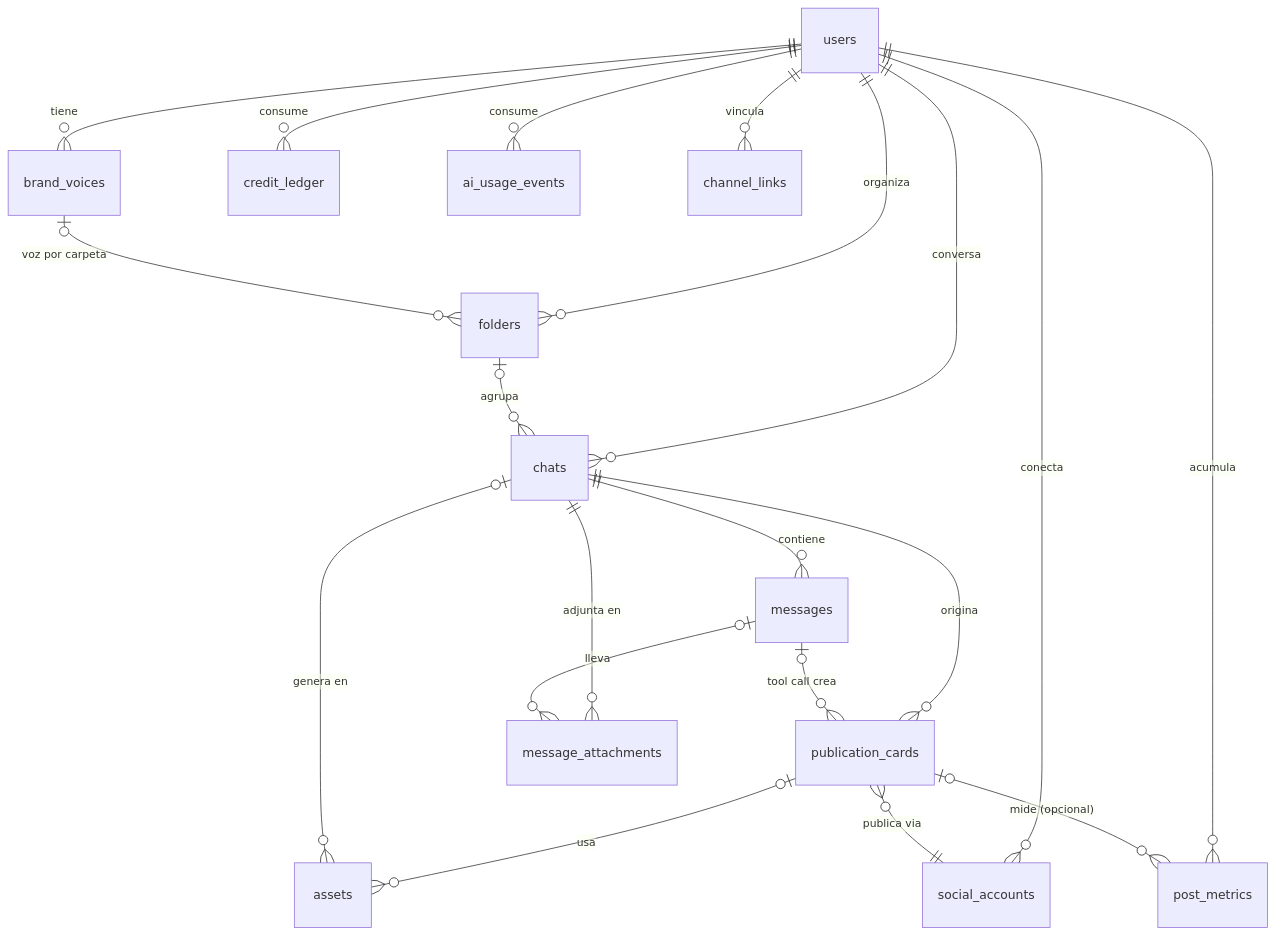
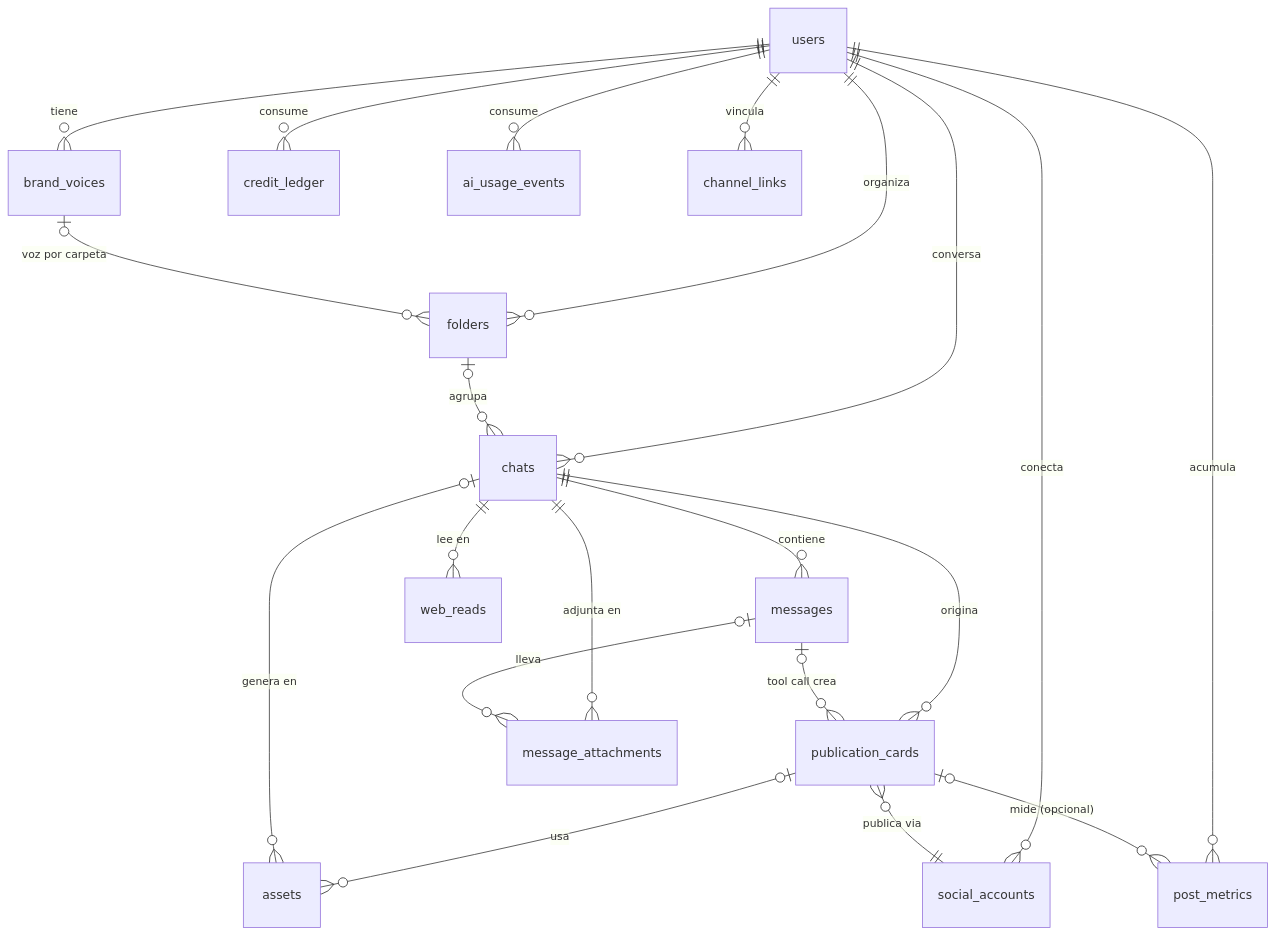
One commit to jata-imk/presencia changed the diagram in docs/reference/modelo-de-datos.md. Above: the diagram before and after it, drawn with Mermaid. The commit also changed other lines of this file and 26 other files, not shown here.

````diff
--- a/docs/reference/modelo-de-datos.md
+++ b/docs/reference/modelo-de-datos.md
@@ -386,22 +393,23 @@
 ```mermaid
 erDiagram
     users ||--o{ brand_voices : tiene
     users ||--o{ folders : organiza
     users ||--o{ chats : conversa
     users ||--o{ credit_ledger : consume
     users ||--o{ ai_usage_events : consume
     users ||--o{ channel_links : vincula
     users ||--o{ social_accounts : conecta
     brand_voices |o--o{ folders : "voz por carpeta"
     folders |o--o{ chats : agrupa
     chats ||--o{ messages : contiene
     chats ||--o{ publication_cards : origina
     messages |o--o{ publication_cards : "tool call crea"
     publication_cards |o--o{ assets : usa
     chats |o--o{ assets : "genera en"
     chats ||--o{ message_attachments : "adjunta en"
     messages |o--o{ message_attachments : lleva
+    chats ||--o{ web_reads : "lee en"
     publication_cards }o--|| social_accounts : "publica via"
     users ||--o{ post_metrics : acumula
     publication_cards |o--o{ post_metrics : "mide (opcional)"
 ```
````
